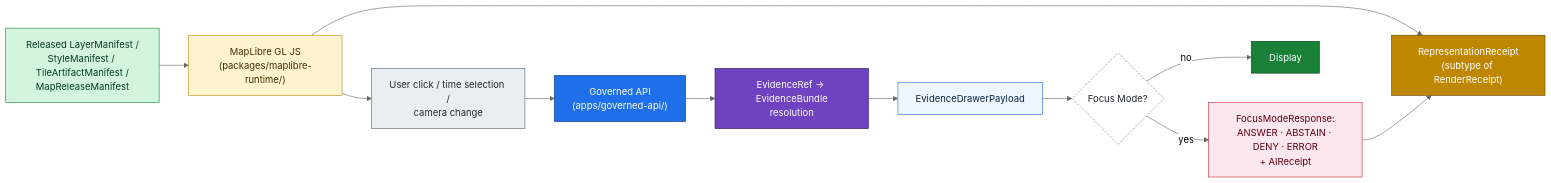
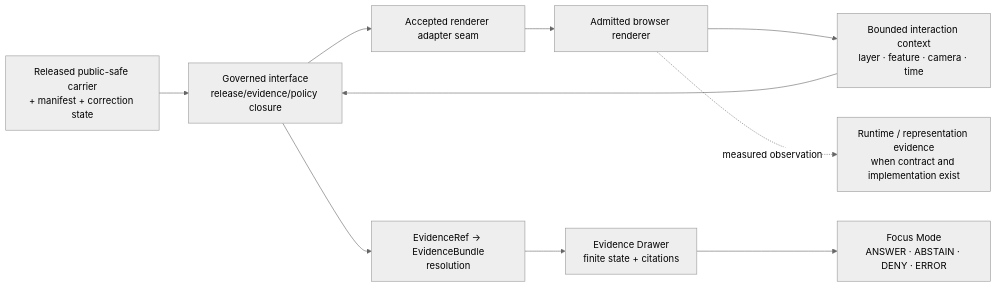
One commit to bartytime4life/Kansas-Frontier-Matrix changed the third of 5 diagrams in docs/architecture/map-master.md. Above: the diagram before and after it, drawn with Mermaid (neutral theme). The commit also changed other lines of this file, not shown here.

Commit message:
docs(architecture): ground map-master boundary

````diff
--- a/docs/architecture/map-master.md
+++ b/docs/architecture/map-master.md
@@ -192,35 +299,22 @@
 ```mermaid
 flowchart LR
-  REL["Released LayerManifest /<br/>StyleManifest / TileArtifactManifest /<br/>MapReleaseManifest"]:::rel
-  REND["MapLibre GL JS<br/>(packages/maplibre-runtime/)"]:::rend
-  CLK["User click / time selection /<br/>camera change"]:::user
-  API["Governed API<br/>(apps/governed-api/)"]:::api
-  RES["EvidenceRef → EvidenceBundle<br/>resolution"]:::res
-  DRW["EvidenceDrawerPayload"]:::drw
-  FM{"Focus Mode?"}:::decide
-  FMR["FocusModeResponse:<br/>ANSWER · ABSTAIN · DENY · ERROR<br/>+ AIReceipt"]:::ai
-  DONE["Display"]:::ok
-  RR["RepresentationReceipt<br/>(subtype of RenderReceipt)"]:::receipt
+  REL["Released public-safe carrier<br/>+ manifest + correction state"]
+  API["Governed interface<br/>release/evidence/policy closure"]
+  ADP["Accepted renderer adapter seam"]
+  REND["Admitted browser renderer"]
+  INT["Bounded interaction context<br/>layer · feature · camera · time"]
+  RES["EvidenceRef → EvidenceBundle<br/>resolution"]
+  DRAWER["Evidence Drawer<br/>finite state + citations"]
+  FOCUS["Focus Mode<br/>ANSWER · ABSTAIN · DENY · ERROR"]
+  RECEIPT["Runtime / representation evidence<br/>when contract and implementation exist"]
 
-  REL --> REND
-  REND --> RR
-  REND --> CLK
-  CLK --> API
+  REL --> API
+  API --> ADP
+  ADP --> REND
+  REND --> INT
+  INT --> API
   API --> RES
-  RES --> DRW
-  DRW --> FM
-  FM -- "yes" --> FMR
-  FM -- "no"  --> DONE
-  FMR --> RR
-
-  classDef rel    fill:#d4f5dd,stroke:#1a7f37,color:#053a1a;
-  classDef rend   fill:#fff4cf,stroke:#bf8700,color:#3b2f00;
-  classDef user   fill:#eaeef2,stroke:#57606a,color:#24292f;
-  classDef api    fill:#1f6feb,stroke:#0a2e6b,color:#fff;
-  classDef res    fill:#6f42c1,stroke:#2b1259,color:#fff;
-  classDef drw    fill:#eef6ff,stroke:#1f6feb,color:#0a2540;
-  classDef decide fill:#fff,stroke:#57606a,color:#24292f,stroke-dasharray: 3 3;
-  classDef ai     fill:#fde7ef,stroke:#cf222e,color:#5c0010;
-  classDef ok     fill:#1a7f37,stroke:#053a1a,color:#fff;
-  classDef receipt fill:#bf8700,stroke:#5c4400,color:#fff;
+  RES --> DRAWER
+  DRAWER --> FOCUS
+  REND -. measured observation .-> RECEIPT
 ```
````
